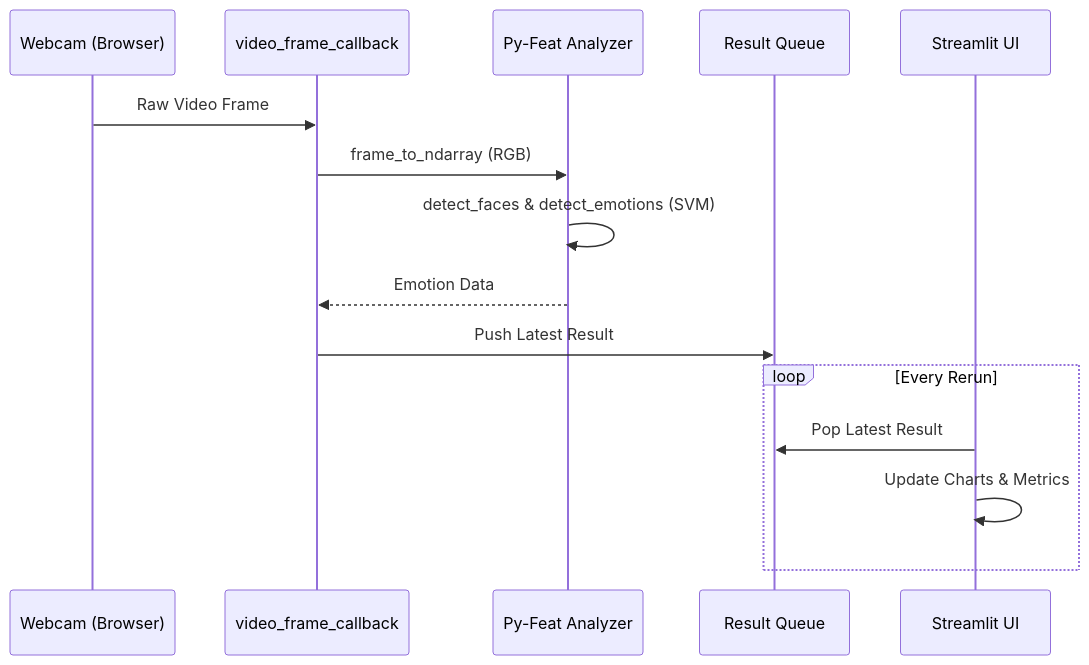
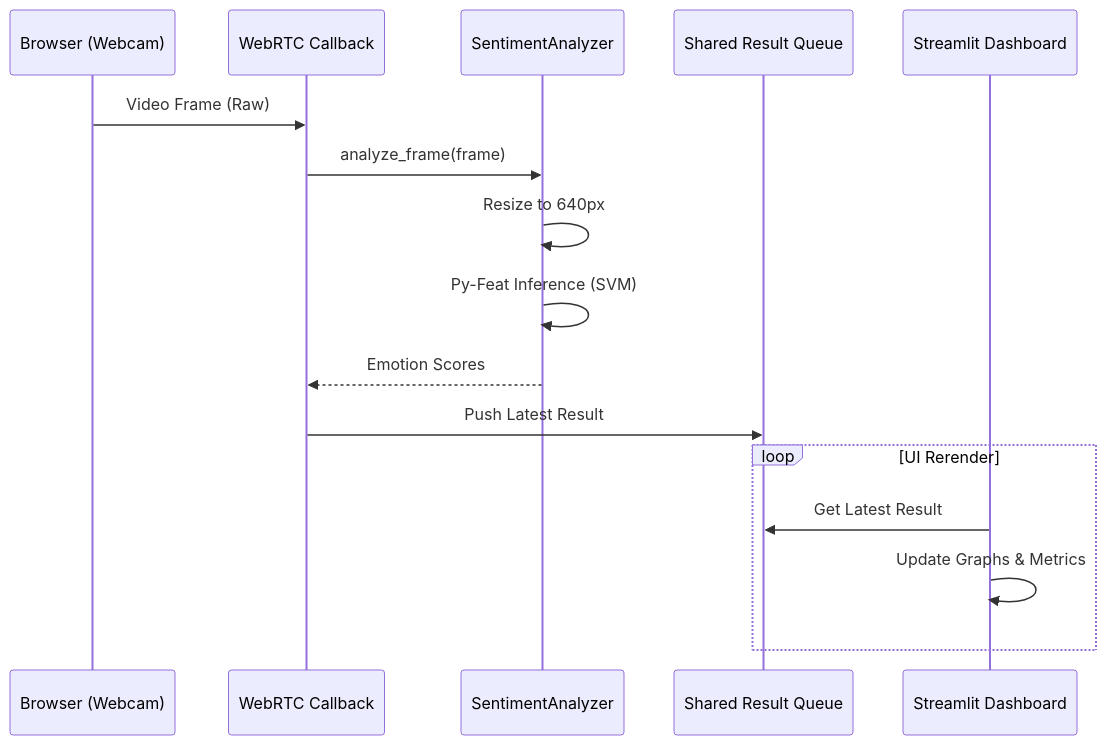
One commit to YamauchiYudai/prj_Meeting_Vibe_Checker changed the second of 2 diagrams in .kiro/specs/initial-setup/design.md. Above: the diagram before and after it, drawn with Mermaid. The commit also changed other lines of this file and 4 other files, not shown here.

````diff
--- a/.kiro/specs/initial-setup/design.md
+++ b/.kiro/specs/initial-setup/design.md
@@ -55,18 +61,19 @@
 ```mermaid
 sequenceDiagram
-    participant W as Webcam (Browser)
-    participant C as video_frame_callback
-    participant A as Py-Feat Analyzer
-    participant Q as Result Queue
-    participant U as Streamlit UI
+    participant B as Browser (Webcam)
+    participant W as WebRTC Callback
+    participant A as SentimentAnalyzer
+    participant Q as Shared Result Queue
+    participant U as Streamlit Dashboard
 
-    W->>C: Raw Video Frame
-    C->>A: frame_to_ndarray (RGB)
-    A->>A: detect_faces & detect_emotions (SVM)
-    A-->>C: Emotion Data
-    C->>Q: Push Latest Result
-    loop Every Rerun
-        U->>Q: Pop Latest Result
-        U->>U: Update Charts & Metrics
+    B->>W: Video Frame (Raw)
+    W->>A: analyze_frame(frame)
+    A->>A: Resize to 640px
+    A->>A: Py-Feat Inference (SVM)
+    A-->>W: Emotion Scores
+    W->>Q: Push Latest Result
+    loop UI Rerender
+        U->>Q: Get Latest Result
+        U->>U: Update Graphs & Metrics
     end
 ```
````
